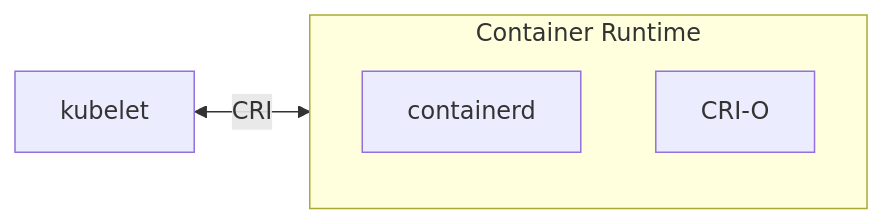
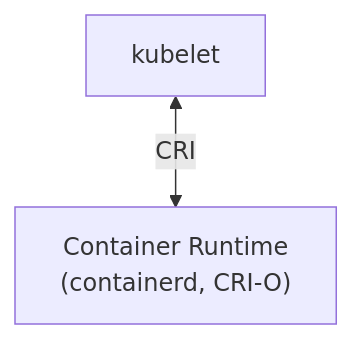
One commit to K-Diger/k-diger.github.io changed the tenth of 16 diagrams in _posts/2025-12-23-kubernetes-02-architecture.md. Above: the diagram before and after it, drawn with Mermaid. The commit also changed other lines of this file and 13 other files, not shown here.

````diff
--- a/_posts/2025-12-23-kubernetes-02-architecture.md
+++ b/_posts/2025-12-23-kubernetes-02-architecture.md
@@ -336,9 +316,7 @@
 ```mermaid
-flowchart LR
+flowchart TB
     K["kubelet"]
-    subgraph CR["Container Runtime"]
-        C1["containerd"]
-        C2["CRI-O"]
-    end
+    CR["Container Runtime<br/>(containerd, CRI-O)"]
+
     K <-->|CRI| CR
 ```
````
